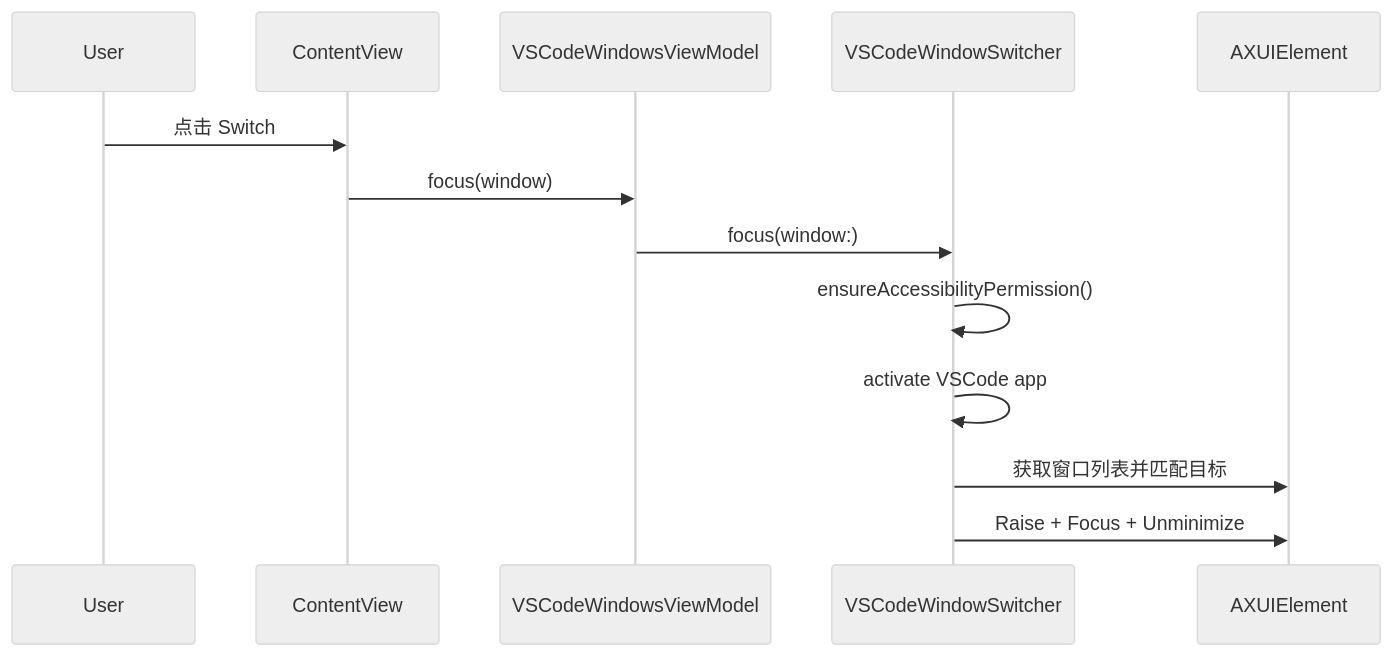
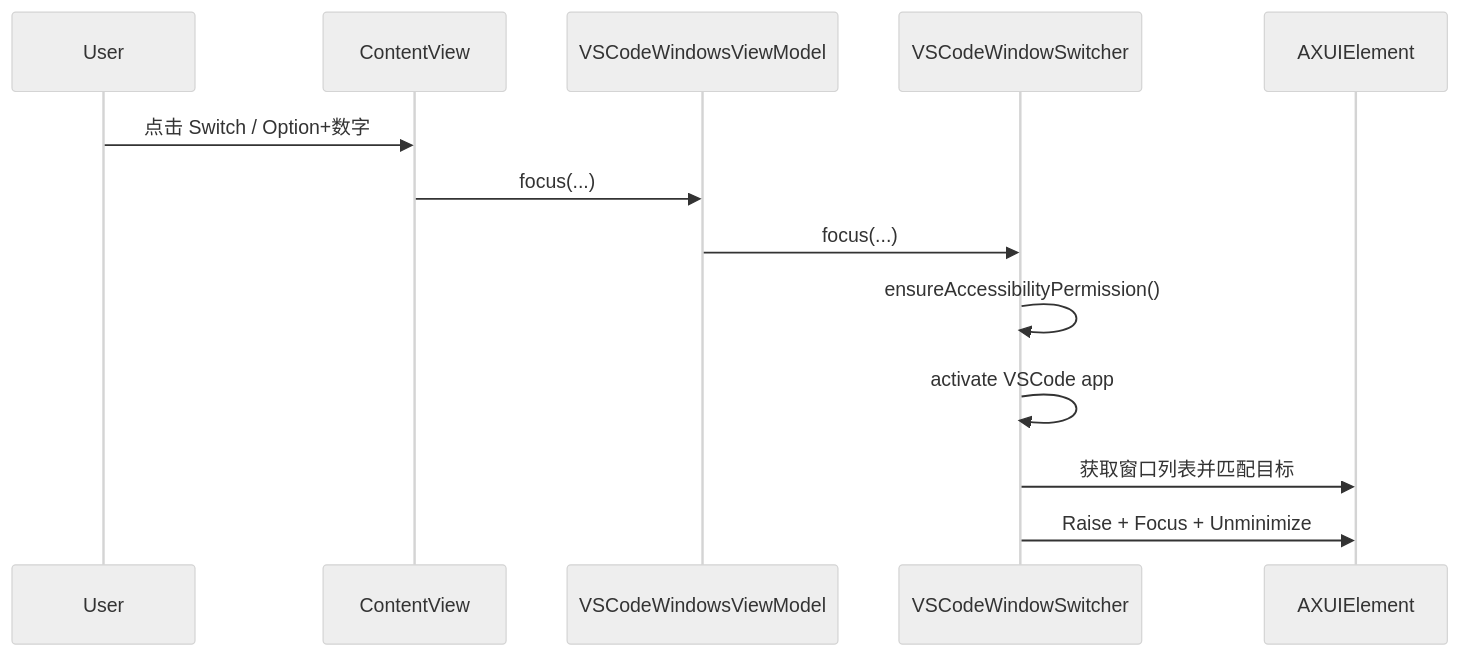
Before and after one commit to freespace8/VSCode-Switcher: the second of 2 diagrams in helloagents/wiki/arch.md, drawn with Mermaid (neutral theme). The commit also changed 7 other files, not shown here.

````diff
--- a/helloagents/wiki/arch.md
+++ b/helloagents/wiki/arch.md
@@ -22,16 +22,16 @@
 ```mermaid
 sequenceDiagram
     participant U as User
     participant UI as ContentView
     participant VM as VSCodeWindowsViewModel
     participant SW as VSCodeWindowSwitcher
     participant AX as AXUIElement
 
-    U->>UI: 点击 Switch
-    UI->>VM: focus(window)
-    VM->>SW: focus(window:)
+    U->>UI: 点击 Switch / Option+数字
+    UI->>VM: focus(...)
+    VM->>SW: focus(...)
     SW->>SW: ensureAccessibilityPermission()
     SW->>SW: activate VSCode app
     SW->>AX: 获取窗口列表并匹配目标
     SW->>AX: Raise + Focus + Unminimize
 ```
````
